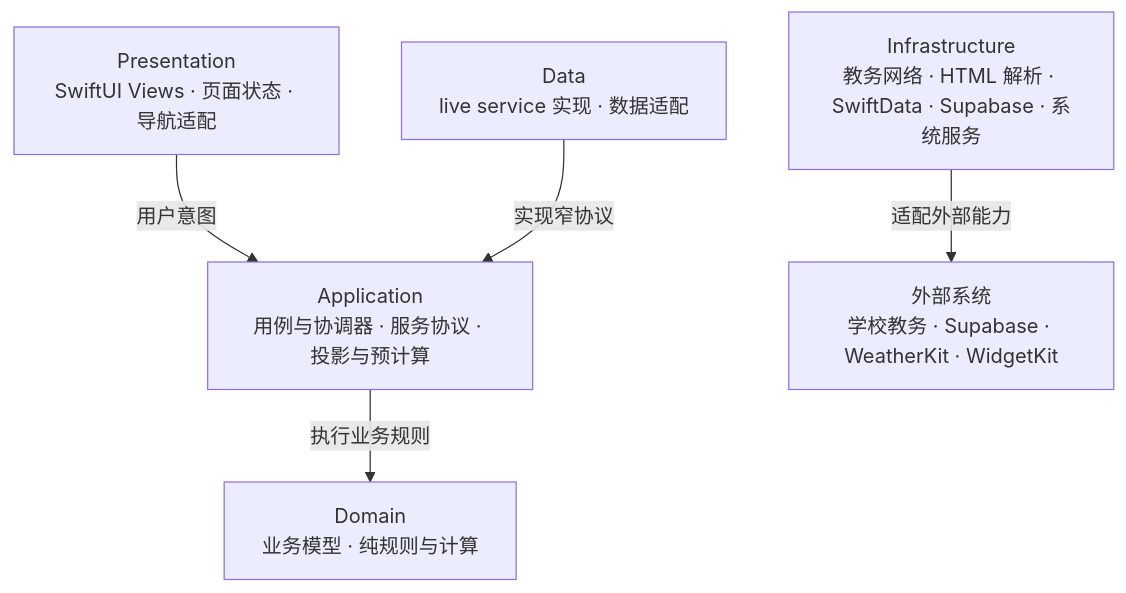
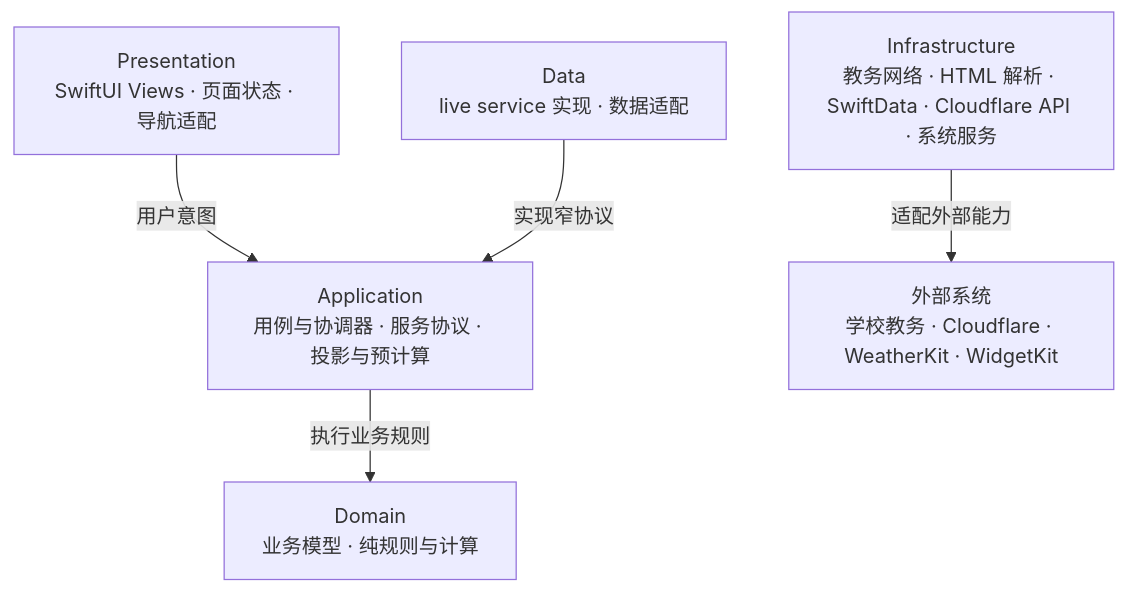
Before and after one commit to IsaacHuo/MyLeafy: the second of 2 diagrams in state/ARCHITECTURE.md, drawn with Mermaid. The commit also changed other lines of this file and 36 other files, not shown here.

````diff
--- a/state/ARCHITECTURE.md
+++ b/state/ARCHITECTURE.md
@@ -96,14 +96,14 @@
 ```mermaid
 flowchart TB
     Presentation["Presentation<br/>SwiftUI Views · 页面状态 · 导航适配"]
     Application["Application<br/>用例与协调器 · 服务协议 · 投影与预计算"]
     Domain["Domain<br/>业务模型 · 纯规则与计算"]
     Data["Data<br/>live service 实现 · 数据适配"]
-    Infrastructure["Infrastructure<br/>教务网络 · HTML 解析 · SwiftData · Supabase · 系统服务"]
-    External["外部系统<br/>学校教务 · Supabase · WeatherKit · WidgetKit"]
+    Infrastructure["Infrastructure<br/>教务网络 · HTML 解析 · SwiftData · Cloudflare API · 系统服务"]
+    External["外部系统<br/>学校教务 · Cloudflare · WeatherKit · WidgetKit"]
 
     Presentation -->|用户意图| Application
     Application -->|执行业务规则| Domain
     Data -->|实现窄协议| Application
     Infrastructure -->|适配外部能力| External
 ```
````
